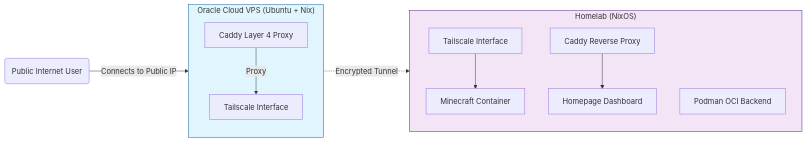
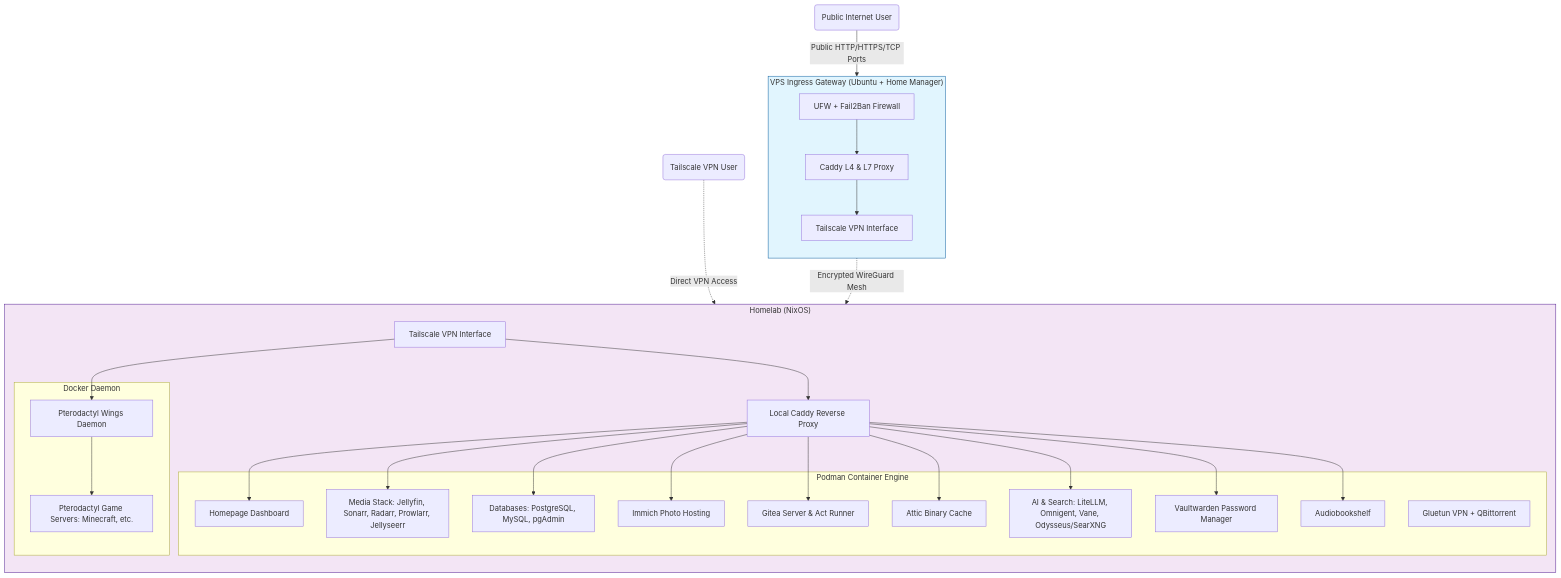
One commit to TaylorTurnerIT/Tonga-NixLab changed the diagram in README.md. Above: the diagram before and after it, drawn with Mermaid. The commit also changed other lines of this file and 5 other files, not shown here.

First line of the commit message:
fix(security): lock down database ports and media services

````diff
--- a/README.md
+++ b/README.md
@@ -26,28 +26,59 @@
 ```mermaid
-flowchart LR
+flowchart TD
     User(Public Internet User)
-    
-    subgraph VPS ["Oracle Cloud VPS (Ubuntu + Nix)"]
+    TS_User(Tailscale VPN User)
+
+    subgraph VPS ["VPS Ingress Gateway (Ubuntu + Home Manager)"]
         direction TB
-        CaddyL4[Caddy Layer 4 Proxy]
-        TS_VPS[Tailscale Interface]
+        Caddy_VPS[Caddy L4 & L7 Proxy]
+        UFW_VPS[UFW + Fail2Ban Firewall]
+        TS_VPS[Tailscale VPN Interface]
+        
+        UFW_VPS --> Caddy_VPS
+        Caddy_VPS --> TS_VPS
     end
 
-    subgraph Home ["Homelab (NixOS)"]
+    subgraph Homelab ["Homelab (NixOS)"]
         direction TB
-        TS_Home[Tailscale Interface]
-        Podman[Podman OCI Backend]
-        MC[Minecraft Container]
-        Homepage[Homepage Dashboard]
-        CaddyRev[Caddy Reverse Proxy]
+        TS_Home[Tailscale VPN Interface]
+        Caddy_Home[Local Caddy Reverse Proxy]
+        
+        subgraph Podman ["Podman Container Engine"]
+            Homepage[Homepage Dashboard]
+            Media[Media Stack: Jellyfin, Sonarr, Radarr, Prowlarr, Jellyseerr]
+            VPN[Gluetun VPN + QBittorrent]
+            DBs[Databases: PostgreSQL, MySQL, pgAdmin]
+            Immich[Immich Photo Hosting]
+            Git[Gitea Server & Act Runner]
+            Attic[Attic Binary Cache]
+            AISearch[AI & Search: LiteLLM, Omnigent, Vane, Odysseus/SearXNG]
+            Vault[Vaultwarden Password Manager]
+            Audiobooks[Audiobookshelf]
+        end
+
+        subgraph Docker ["Docker Daemon"]
+            Wings[Pterodactyl Wings Daemon]
+            Games[Pterodactyl Game Servers: Minecraft, etc.]
+            Wings --> Games
+        end
+        
+        TS_Home --> Caddy_Home
+        TS_Home --> Wings
+        Caddy_Home --> Homepage
+        Caddy_Home --> Media
+        Caddy_Home --> DBs
+        Caddy_Home --> Immich
+        Caddy_Home --> Git
+        Caddy_Home --> Attic
+        Caddy_Home --> AISearch
+        Caddy_Home --> Vault
+        Caddy_Home --> Audiobooks
     end
 
-    User -->|Connects to Public IP| CaddyL4
-    CaddyL4 -->|Proxy| TS_VPS
-    TS_VPS -.->|Encrypted Tunnel| TS_Home
-    TS_Home --> MC
-    CaddyRev --> Homepage
-    
+    User -->|Public HTTP/HTTPS/TCP Ports| UFW_VPS
+    TS_User -.->|Direct VPN Access| TS_Home
+    TS_VPS -.->|Encrypted WireGuard Mesh| TS_Home
+
     style VPS fill:#e1f5fe,stroke:#01579b
-    style Home fill:#f3e5f5,stroke:#4a148c
+    style Homelab fill:#f3e5f5,stroke:#4a148c
 ```
````
